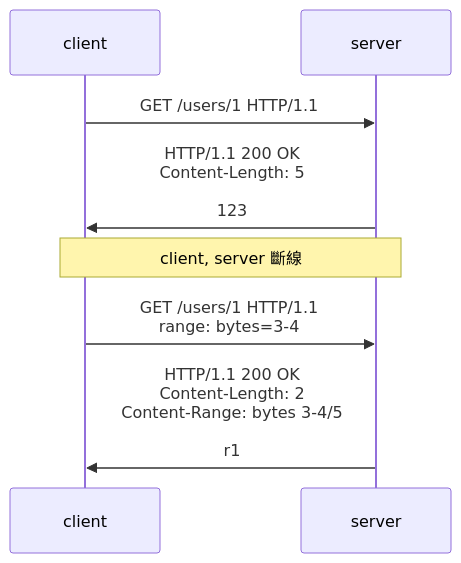
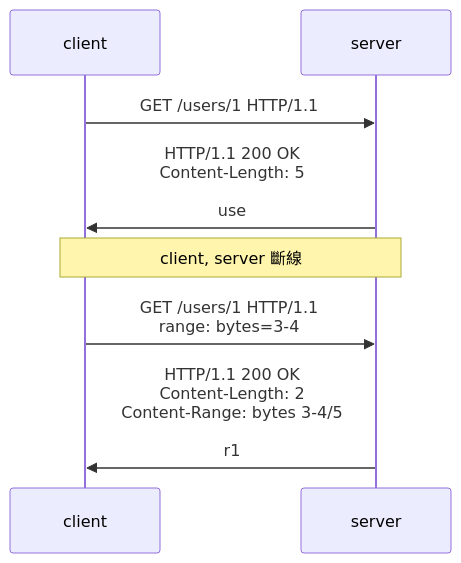
One commit to samuel871211/yusheng-tech-blog changed the first of 2 diagrams in docs/nodejs/undici-dispatcher.md. Above: the diagram before and after it, drawn with Mermaid. The commit also changed other lines of this file, not shown here.

````diff
--- a/docs/nodejs/undici-dispatcher.md
+++ b/docs/nodejs/undici-dispatcher.md
@@ -637,11 +635,11 @@
 ```mermaid
 sequenceDiagram
   participant c as client
   participant s as server
   c ->> s: GET /users/1 HTTP/1.1
-  s ->> c: HTTP/1.1 200 OK<br/>Content-Length: 5<br/><br/>123
+  s ->> c: HTTP/1.1 200 OK<br/>Content-Length: 5<br/><br/>use
   Note over c,s: client, server 斷線
 
   c ->> s: GET /users/1 HTTP/1.1<br/>range: bytes=3-4
   s ->> c: HTTP/1.1 200 OK<br/>Content-Length: 2<br/>Content-Range: bytes 3-4/5<br/><br/>r1
 ```
````
